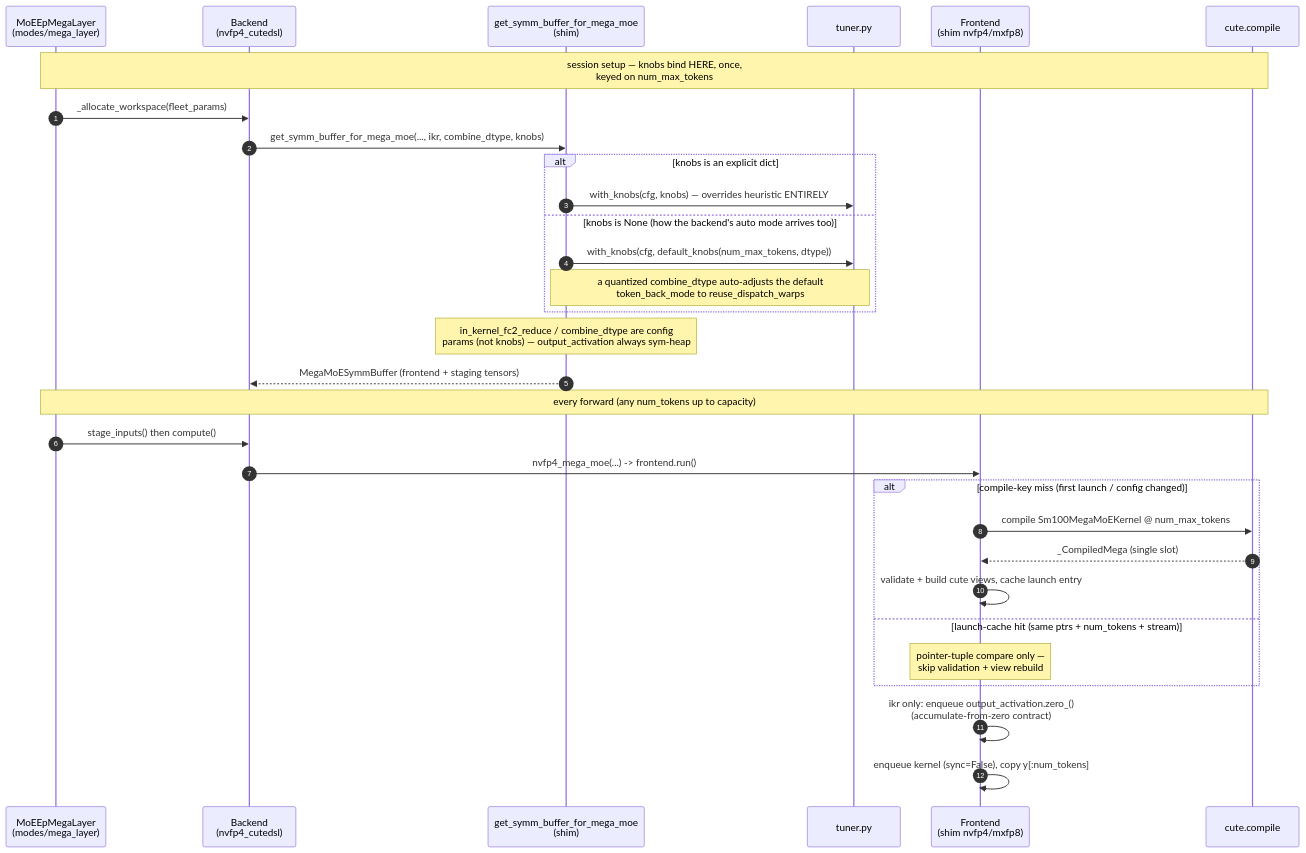
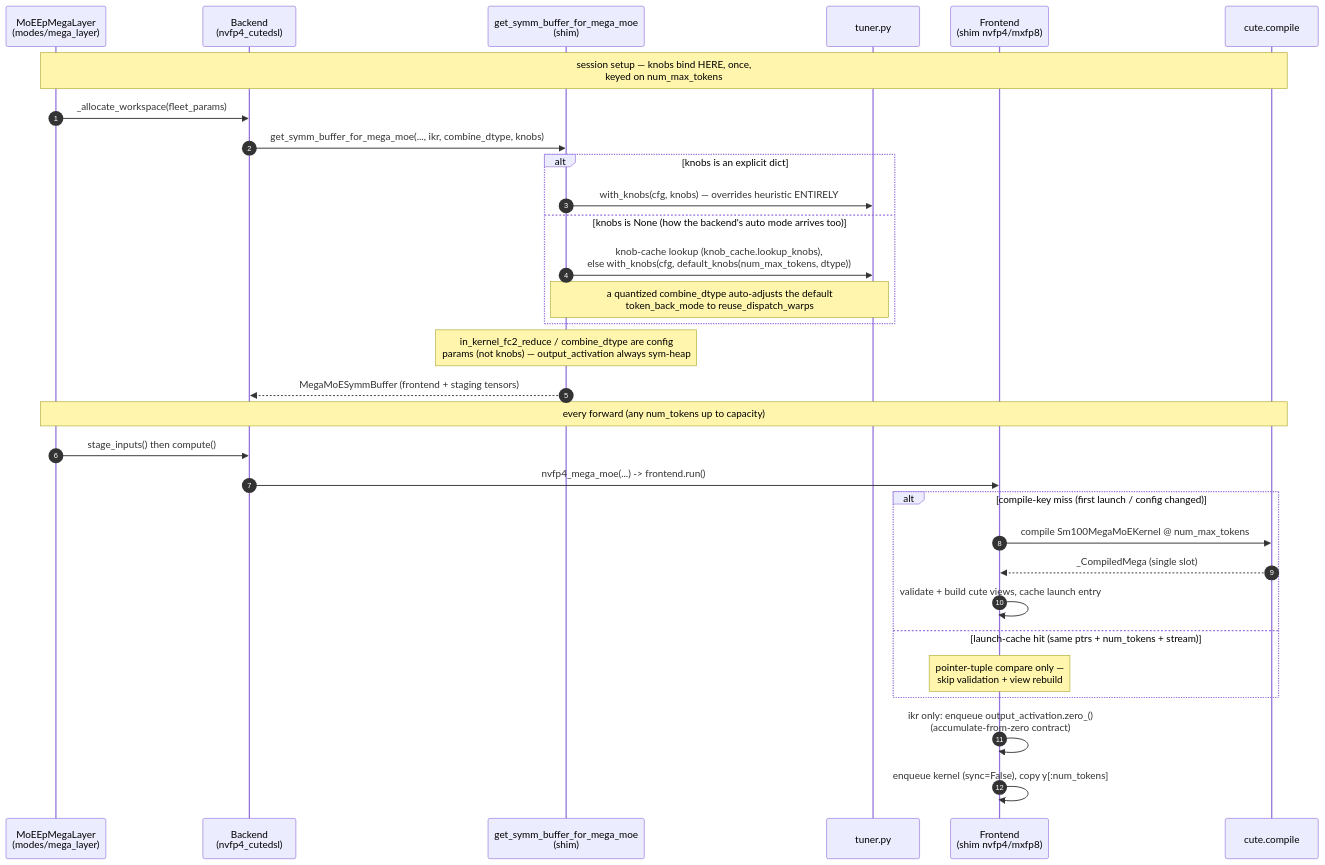
Before and after one commit to flashinfer-ai/flashinfer: the first of 2 diagrams in flashinfer/moe_ep/kernel_src/cutedsl_megamoe/TUNING.md, drawn with Mermaid. The commit also changed other lines of this file, not shown here.

First line of the commit message:
docs(moe_ep): TUNING.md latest-numbers pass (drop superseded 07-15 tables, add vLLM e2e results, knob-cache runtime flow)

````diff
--- a/flashinfer/moe_ep/kernel_src/cutedsl_megamoe/TUNING.md
+++ b/flashinfer/moe_ep/kernel_src/cutedsl_megamoe/TUNING.md
@@ -241,35 +236,35 @@
 ```mermaid
 sequenceDiagram
     autonumber
     participant L as MoEEpMegaLayer<br/>(modes/mega_layer)
     participant B as Backend<br/>(nvfp4_cutedsl)
     participant S as get_symm_buffer_for_mega_moe<br/>(shim)
     participant T as tuner.py
     participant F as Frontend<br/>(shim nvfp4/mxfp8)
     participant C as cute.compile
 
     Note over L,C: session setup — knobs bind HERE, once,<br/>keyed on num_max_tokens
     L->>B: _allocate_workspace(fleet_params)
     B->>S: get_symm_buffer_for_mega_moe(..., ikr, combine_dtype, knobs)
     alt knobs is an explicit dict
         S->>T: with_knobs(cfg, knobs) — overrides heuristic ENTIRELY
     else knobs is None (how the backend's auto mode arrives too)
-        S->>T: with_knobs(cfg, default_knobs(num_max_tokens, dtype))
+        S->>T: knob-cache lookup (knob_cache.lookup_knobs),<br/>else with_knobs(cfg, default_knobs(num_max_tokens, dtype))
         Note over S,T: a quantized combine_dtype auto-adjusts the default<br/>token_back_mode to reuse_dispatch_warps
     end
     Note over S: in_kernel_fc2_reduce / combine_dtype are config<br/>params (not knobs) — output_activation always sym-heap
     S-->>B: MegaMoESymmBuffer (frontend + staging tensors)
 
     Note over L,C: every forward (any num_tokens up to capacity)
     L->>B: stage_inputs() then compute()
     B->>F: nvfp4_mega_moe(...) -> frontend.run()
     alt compile-key miss (first launch / config changed)
         F->>C: compile Sm100MegaMoEKernel @ num_max_tokens
         C-->>F: _CompiledMega (single slot)
         F->>F: validate + build cute views, cache launch entry
     else launch-cache hit (same ptrs + num_tokens + stream)
         Note over F: pointer-tuple compare only —<br/>skip validation + view rebuild
     end
     F->>F: ikr only: enqueue output_activation.zero_()<br/>(accumulate-from-zero contract)
     F->>F: enqueue kernel (sync=False), copy y[:num_tokens]
 ```
````
